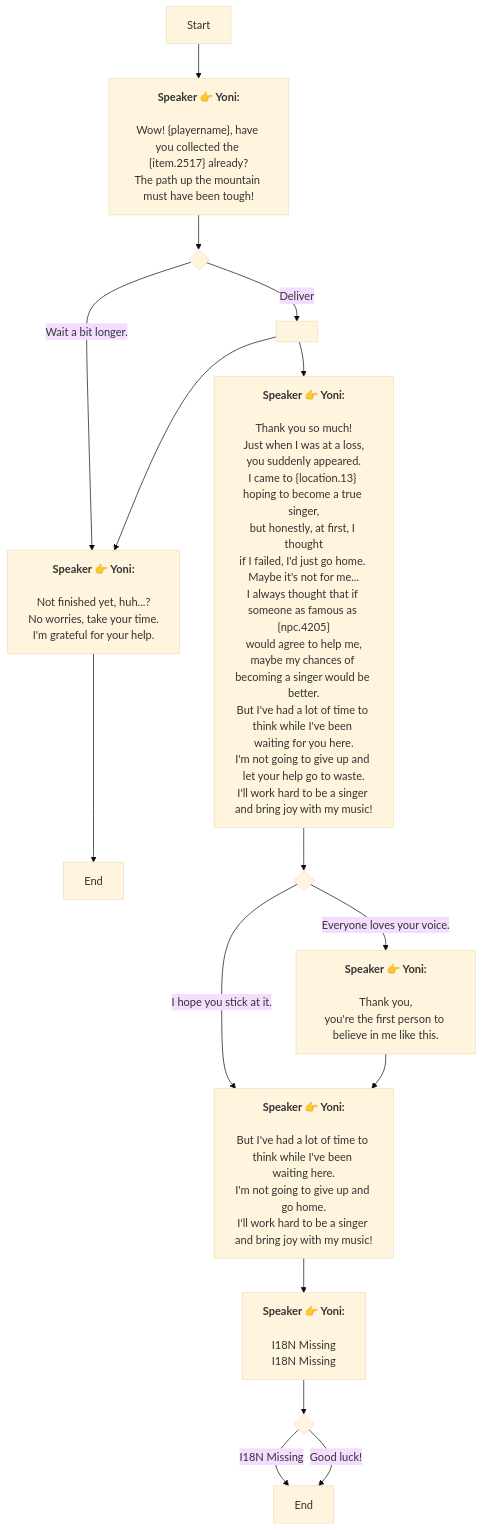
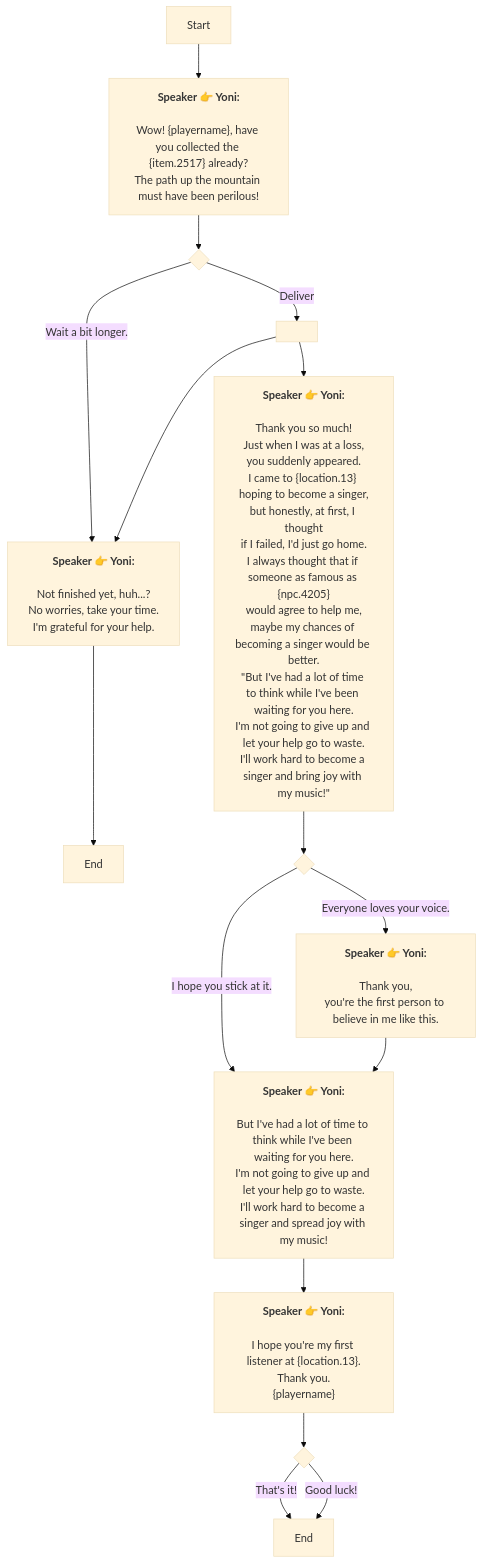
The diagram in En/QuestTalkObjectiveNode_1738288709847269.md (SoftHu/tos_avg), drawn with Mermaid (base theme) before and after one commit. The commit also changed 297 other files, not shown here.

````diff
--- a/En/QuestTalkObjectiveNode_1738288709847269.md
+++ b/En/QuestTalkObjectiveNode_1738288709847269.md
@@ -1,57 +1,58 @@
 ```mermaid
 graph
 Start -->1738289650856011[<b>Speaker 👉 Yoni:</b>
 
 Wow! &lbrace;playername&rbrace;, have you collected the &lbrace;item.2517&rbrace; already?
-The path up the mountain must have been tough!]
+The path up the mountain must have been perilous!]
 1738289650856011 -->1738289727664204{ }
 1738289727664204 -->|Wait a bit longer.|1738289799830612[<b>Speaker 👉 Yoni:</b>
 
 Not finished yet, huh...?
 No worries, take your time.
 I'm grateful for your help.]
 1738289727664204 -->|Deliver|1738289895128150[ ]
 1738289799830612 -->1742092930830630[End]
 1738289895128150 -->1738289799830612[<b>Speaker 👉 Yoni:</b>
 
 Not finished yet, huh...?
 No worries, take your time.
 I'm grateful for your help.]
 1738289895128150 -->1738289927962711[<b>Speaker 👉 Yoni:</b>
 
 Thank you so much!
 Just when I was at a loss,
 you suddenly appeared.
-I came to &lbrace;location.13&rbrace; hoping to become a true singer,
+I came to &lbrace;location.13&rbrace; hoping to become a singer,
 but honestly, at first, I thought
-if I failed, I'd just go home. Maybe it's not for me...
+if I failed, I'd just go home.
 I always thought that if someone as famous as &lbrace;npc.4205&rbrace;
 would agree to help me,
 maybe my chances of becoming a singer would be better.
-But I've had a lot of time to think while I've been waiting for you here.
+&quot;But I've had a lot of time to think while I've been waiting for you here.
 I'm not going to give up and let your help go to waste.
-I'll work hard to be a singer and bring joy with my music!]
+I'll work hard to become a singer and bring joy with my music!&quot;]
 1738289927962711 -->1738290568451160{ }
 1738290568451160 -->|I hope you stick at it.|1738290662682717[<b>Speaker 👉 Yoni:</b>
 
-But I've had a lot of time to think while I've been waiting here.
-I'm not going to give up and go home.
-I'll work hard to be a singer and bring joy with my music!]
+But I've had a lot of time to think while I've been waiting for you here.
+I'm not going to give up and let your help go to waste.
+I'll work hard to become a singer and spread joy with my music!]
 1738290568451160 -->|Everyone loves your voice.|1738290723810398[<b>Speaker 👉 Yoni:</b>
 
 Thank you,
 you're the first person to believe in me like this.]
 1738290662682717 -->1738290829012063[<b>Speaker 👉 Yoni:</b>
 
-I18N Missing
-I18N Missing]
+I hope you're my first listener at &lbrace;location.13&rbrace;.
+Thank you.
+&lbrace;playername&rbrace;]
 1738290829012063 -->1738290981140576{ }
-1738290981140576 -->|I18N Missing|1738290998103141[End]
+1738290981140576 -->|That's it!|1738290998103141[End]
 1738290981140576 -->|Good luck!|1738290998103141[End]
 1738290723810398 -->1738290662682717[<b>Speaker 👉 Yoni:</b>
 
-But I've had a lot of time to think while I've been waiting here.
-I'm not going to give up and go home.
-I'll work hard to be a singer and bring joy with my music!]
+But I've had a lot of time to think while I've been waiting for you here.
+I'm not going to give up and let your help go to waste.
+I'll work hard to become a singer and spread joy with my music!]
 
  ```
````
